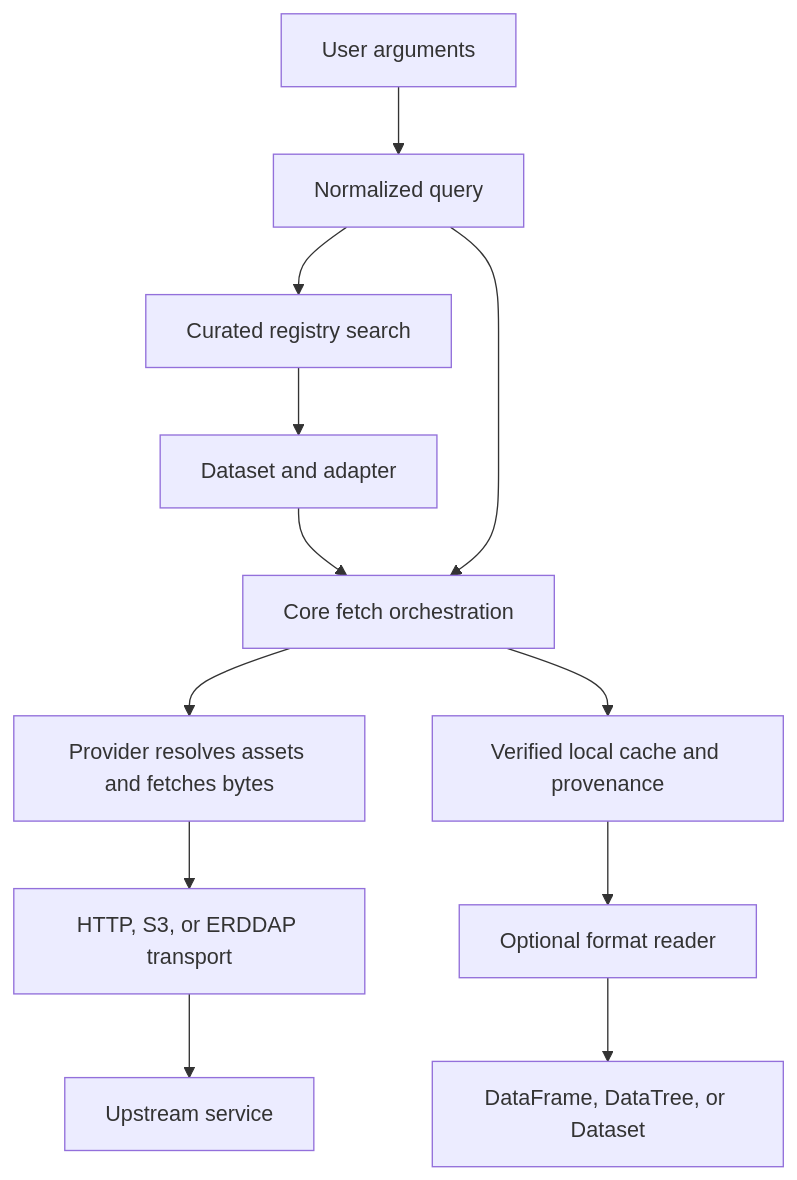
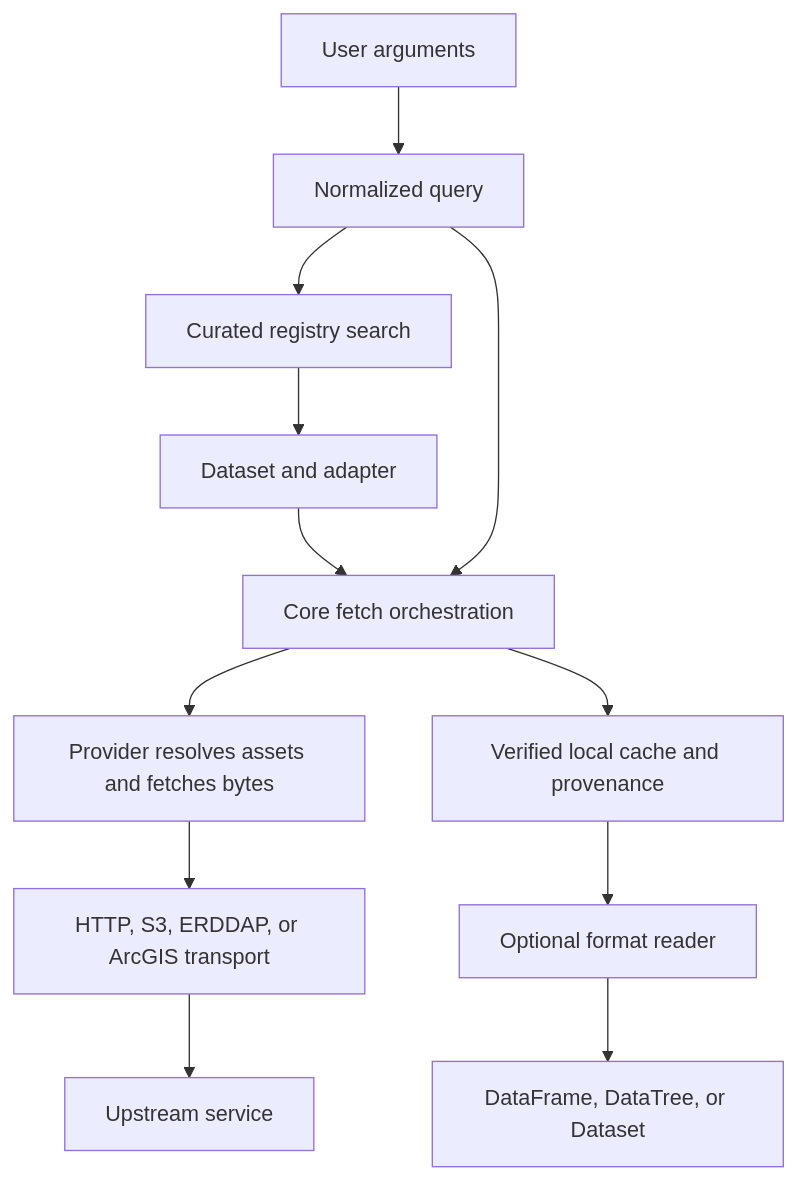
Before and after one commit to jakeryderv/usdata: the diagram in docs/architecture.md, drawn with Mermaid. The commit also changed other lines of this file and 31 other files, not shown here.

````diff
--- a/docs/architecture.md
+++ b/docs/architecture.md
@@ -5,14 +5,14 @@
 ```mermaid
 flowchart TD
     Input[User arguments] --> Query[Normalized query]
     Query --> Registry[Curated registry search]
     Registry --> Dataset[Dataset and adapter]
     Dataset --> Core[Core fetch orchestration]
     Query --> Core
     Core --> Provider[Provider resolves assets and fetches bytes]
-    Provider --> Transport[HTTP, S3, or ERDDAP transport]
+    Provider --> Transport[HTTP, S3, ERDDAP, or ArcGIS transport]
     Transport --> Upstream[Upstream service]
     Core --> Cache[Verified local cache and provenance]
     Cache --> Reader[Optional format reader]
     Reader --> Result[DataFrame, DataTree, or Dataset]
 ```
````
